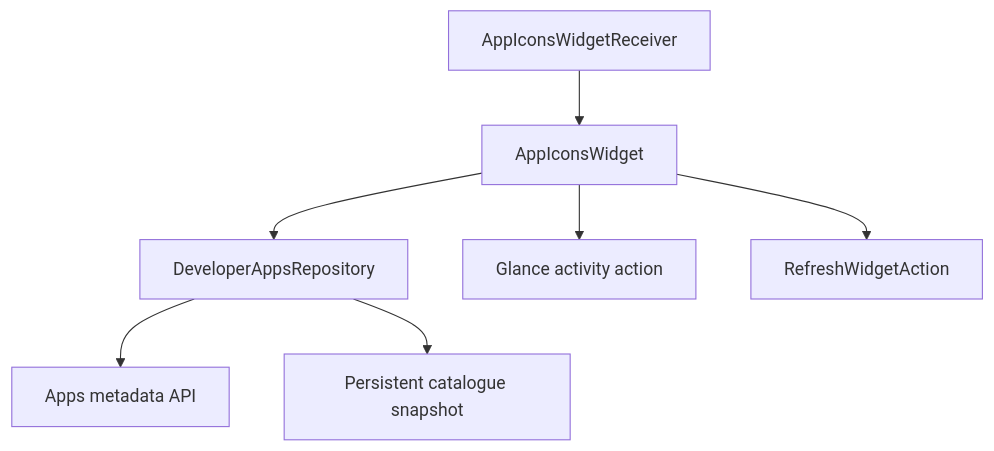
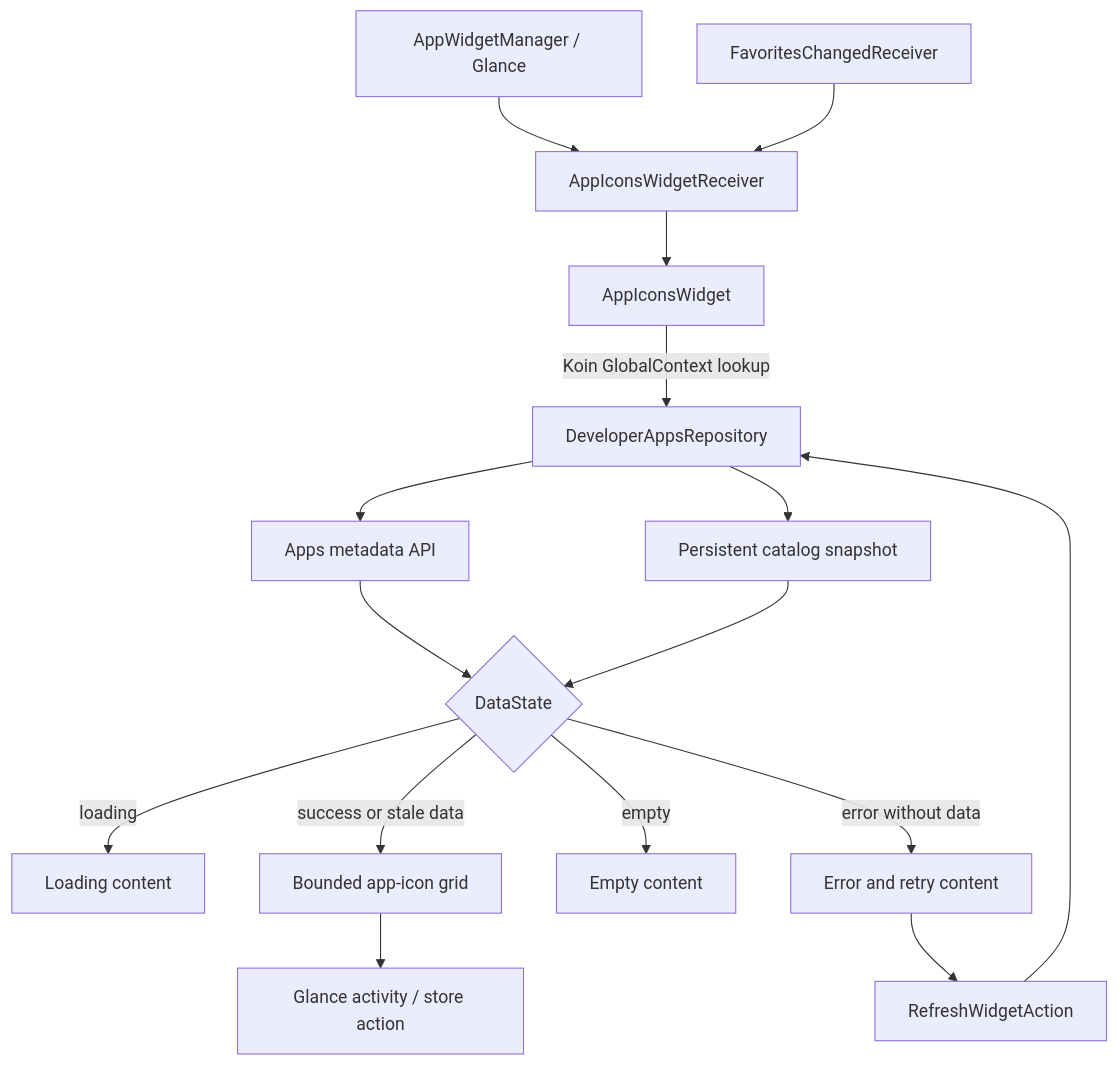
The diagram in sample/widget/README.md (MihaiCristianCondrea/App-Toolkit-for-Android), drawn with Mermaid before and after one commit. The commit also changed other lines of this file and 57 other files, not shown here.

````diff
--- a/sample/widget/README.md
+++ b/sample/widget/README.md
@@ -30,9 +30,18 @@
 ```mermaid
 flowchart TD
-    Receiver[AppIconsWidgetReceiver] --> Widget[AppIconsWidget]
-    Widget --> Repo[DeveloperAppsRepository]
-    Repo --> Api[Apps metadata API]
-    Repo --> Cache[Persistent catalogue snapshot]
-    Widget --> Launch[Glance activity action]
-    Widget --> Retry[RefreshWidgetAction]
+    System[AppWidgetManager / Glance] --> Receiver[AppIconsWidgetReceiver]
+    Receiver --> Widget[AppIconsWidget]
+    Widget -->|Koin GlobalContext lookup| Repo[DeveloperAppsRepository]
+    Repo --> Remote[Apps metadata API]
+    Repo --> Cache[Persistent catalog snapshot]
+    Remote --> State{DataState}
+    Cache --> State
+    State -->|loading| Loading[Loading content]
+    State -->|success or stale data| Grid[Bounded app-icon grid]
+    State -->|empty| Empty[Empty content]
+    State -->|error without data| Error[Error and retry content]
+    Grid --> Launch[Glance activity / store action]
+    Error --> Retry[RefreshWidgetAction]
+    Retry --> Repo
+    Favorites[FavoritesChangedReceiver] --> Receiver
 ```
````
